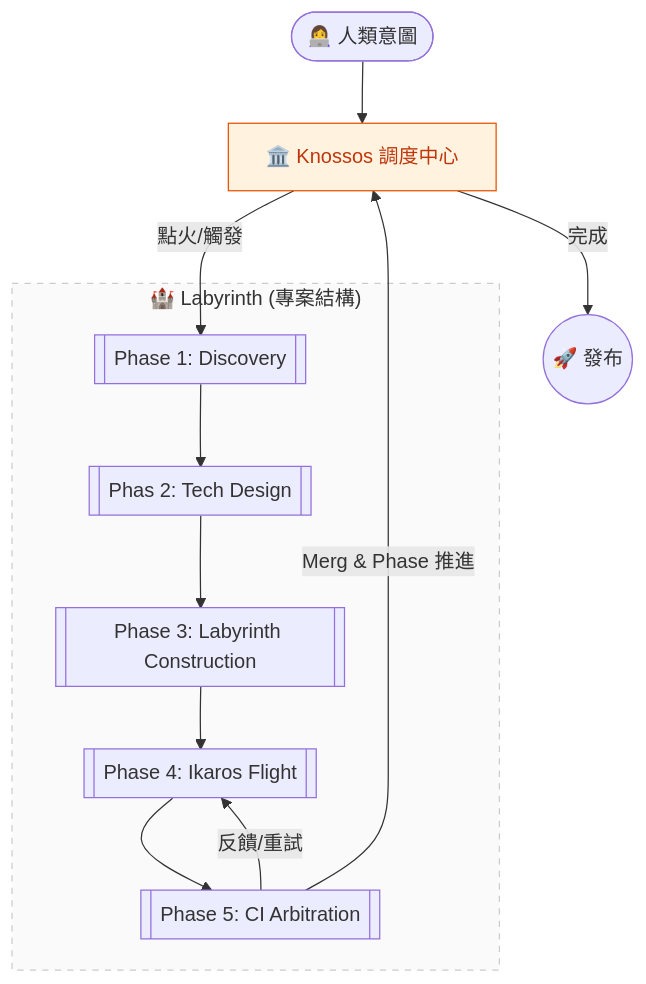
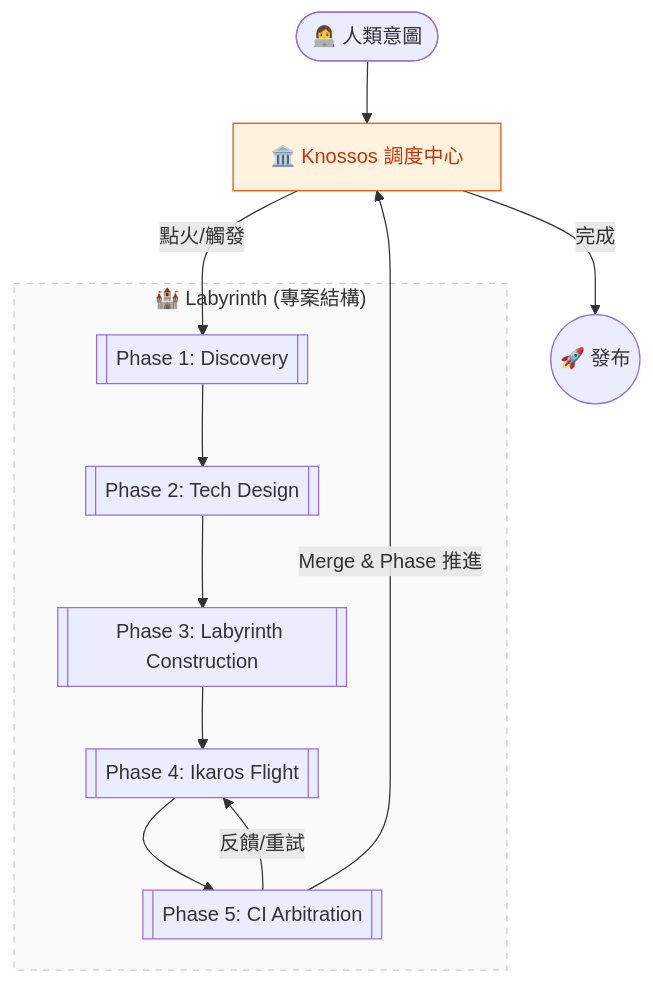
Before and after one commit to tibame201020/Daedal: the first of 3 diagrams in docs/FACTORY_WORKFLOW.qmd, drawn with Mermaid. The commit also changed other lines of this file and 9 other files, not shown here.

Commit message:
docs: refine Daedal architecture and align logic with whitepaper

````diff
--- a/docs/FACTORY_WORKFLOW.qmd
+++ b/docs/FACTORY_WORKFLOW.qmd
@@ -18,23 +18,23 @@
 ```{mermaid}
 graph TD
     User([👩‍💻 人類意圖]) --> Knossos[🏛️ Knossos 調度中心]
     Knossos -- "點火/觸發" --> P1[[Phase 1: Discovery]]
-    P1 --> P2[[Phas 2: Tech Design]]
+    P1 --> P2[[Phase 2: Tech Design]]
     P2 --> P3[[Phase 3: Labyrinth Construction]]
     P3 --> P4[[Phase 4: Ikaros Flight]]
     P4 --> P5[[Phase 5: CI Arbitration]]
     P5 -- "反饋/重試" --> P4
-    P5 -- "Merg & Phase 推進" --> Knossos
+    P5 -- "Merge & Phase 推進" --> Knossos
     Knossos -- "完成" --> Done((🚀 發布))
 
     subgraph Labyrinth["🏰 Labyrinth (專案結構)"]
         P1
         P2
         P3
         P4
         P5
     end
 
     style Knossos fill:#fff3e0,stroke:#e65100,color:#bf360c
     style Labyrinth fill:#fafafa,stroke:#ccc,stroke-dasharray: 5 5
 ```
````
